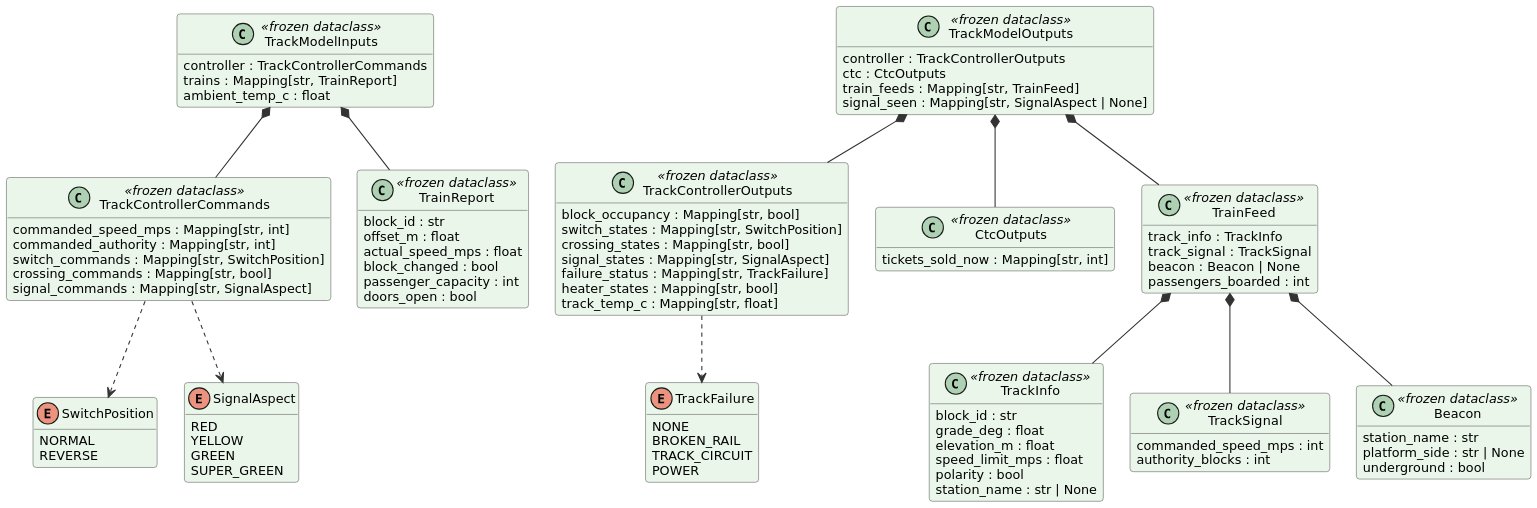
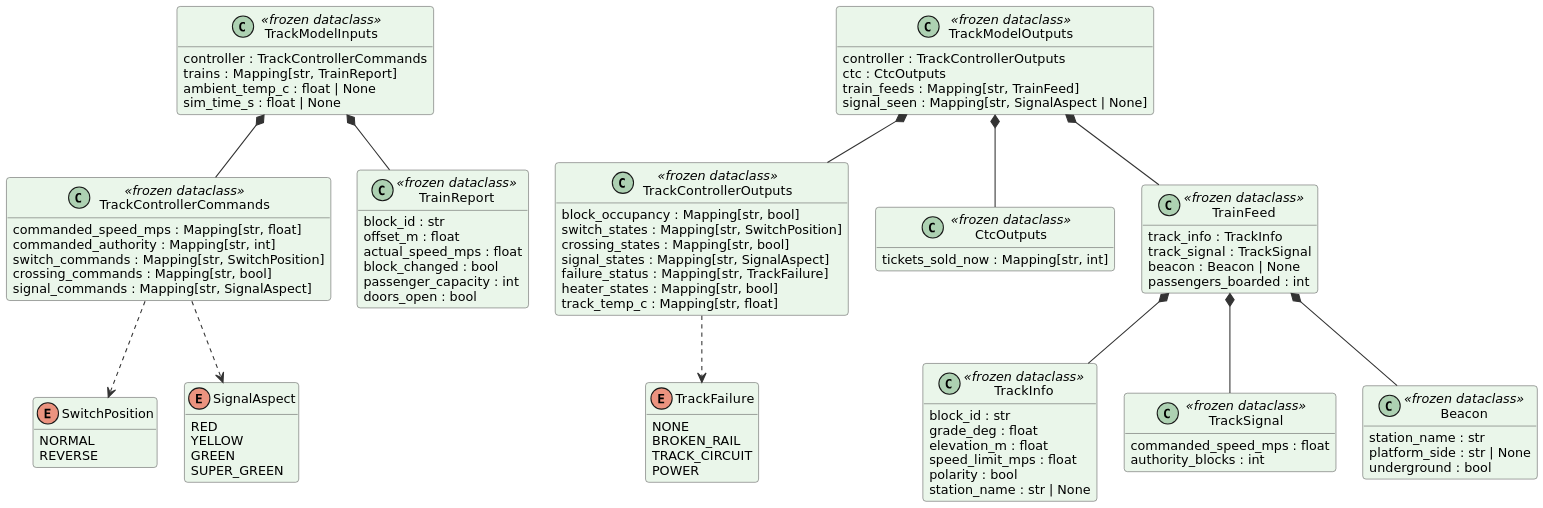
The diagram in documents/uml/track_model/16_types.puml (Landiss04/Track-Overflow), drawn with PlantUML before and after one commit. The commit also changed 14 other files, not shown here.

First line of the commit message:
Track Model SDD: class diagrams show every function the sequences use

```diff
--- a/documents/uml/track_model/16_types.puml
+++ b/documents/uml/track_model/16_types.puml
@@ -1,103 +1,104 @@
 @startuml
 skinparam shadowing false
 skinparam dpi 170
 skinparam defaultFontName DejaVu Sans
 skinparam defaultFontSize 12
 skinparam roundCorner 6
 skinparam ArrowColor #333333
 skinparam BackgroundColor white
 skinparam classAttributeIconSize 0
 skinparam classBackgroundColor #EAF6EA
 skinparam classBorderColor #555555
 hide empty members
 skinparam nodesep 25
 skinparam ranksep 45
 class TrackModelInputs <<frozen dataclass>> {
   controller : TrackControllerCommands
   trains : Mapping[str, TrainReport]
-  ambient_temp_c : float
+  ambient_temp_c : float | None
+  sim_time_s : float | None
 }
 class TrackControllerCommands <<frozen dataclass>> {
-  commanded_speed_mps : Mapping[str, int]
+  commanded_speed_mps : Mapping[str, float]
   commanded_authority : Mapping[str, int]
   switch_commands : Mapping[str, SwitchPosition]
   crossing_commands : Mapping[str, bool]
   signal_commands : Mapping[str, SignalAspect]
 }
 class TrainReport <<frozen dataclass>> {
   block_id : str
   offset_m : float
   actual_speed_mps : float
   block_changed : bool
   passenger_capacity : int
   doors_open : bool
 }
 class TrackModelOutputs <<frozen dataclass>> {
   controller : TrackControllerOutputs
   ctc : CtcOutputs
   train_feeds : Mapping[str, TrainFeed]
   signal_seen : Mapping[str, SignalAspect | None]
 }
 class TrackControllerOutputs <<frozen dataclass>> {
   block_occupancy : Mapping[str, bool]
   switch_states : Mapping[str, SwitchPosition]
   crossing_states : Mapping[str, bool]
   signal_states : Mapping[str, SignalAspect]
   failure_status : Mapping[str, TrackFailure]
   heater_states : Mapping[str, bool]
   track_temp_c : Mapping[str, float]
 }
 class CtcOutputs <<frozen dataclass>> {
   tickets_sold_now : Mapping[str, int]
 }
 class TrainFeed <<frozen dataclass>> {
   track_info : TrackInfo
   track_signal : TrackSignal
   beacon : Beacon | None
   passengers_boarded : int
 }
 class TrackInfo <<frozen dataclass>> {
   block_id : str
   grade_deg : float
   elevation_m : float
   speed_limit_mps : float
   polarity : bool
   station_name : str | None
 }
 class TrackSignal <<frozen dataclass>> {
-  commanded_speed_mps : int
+  commanded_speed_mps : float
   authority_blocks : int
 }
 class Beacon <<frozen dataclass>> {
   station_name : str
   platform_side : str | None
   underground : bool
 }
 enum SwitchPosition {
   NORMAL
   REVERSE
 }
 enum SignalAspect {
   RED
   YELLOW
   GREEN
   SUPER_GREEN
 }
 enum TrackFailure {
   NONE
   BROKEN_RAIL
   TRACK_CIRCUIT
   POWER
 }
 TrackModelInputs *-- TrackControllerCommands
 TrackModelInputs *-- TrainReport
 TrackModelOutputs *-- TrackControllerOutputs
 TrackModelOutputs *-- CtcOutputs
 TrackModelOutputs *-- TrainFeed
 TrainFeed *-- TrackInfo
 TrainFeed *-- TrackSignal
 TrainFeed *-- Beacon
 TrackControllerCommands ..> SwitchPosition
 TrackControllerCommands ..> SignalAspect
 TrackControllerOutputs ..> TrackFailure
 @enduml
```
